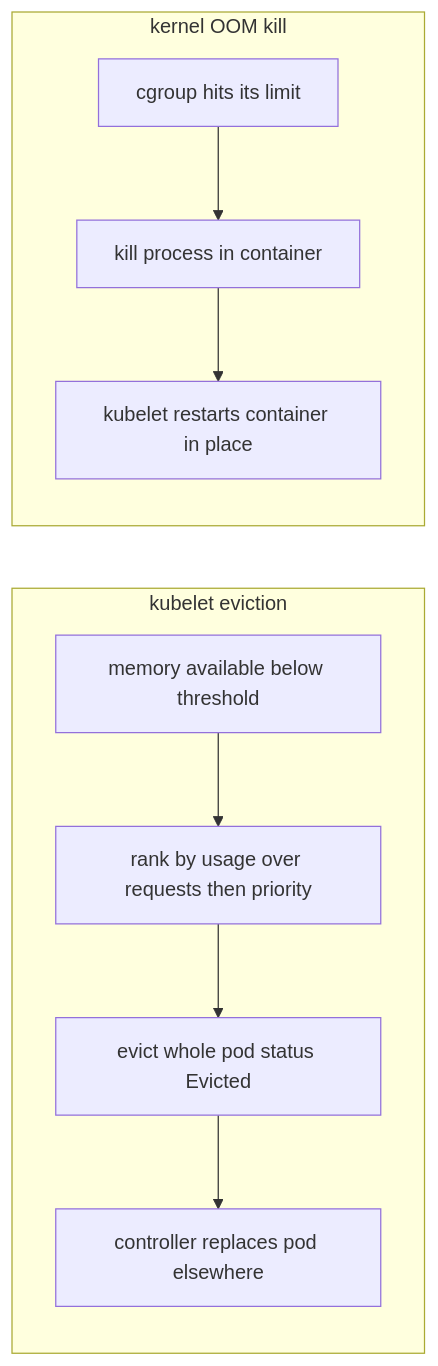
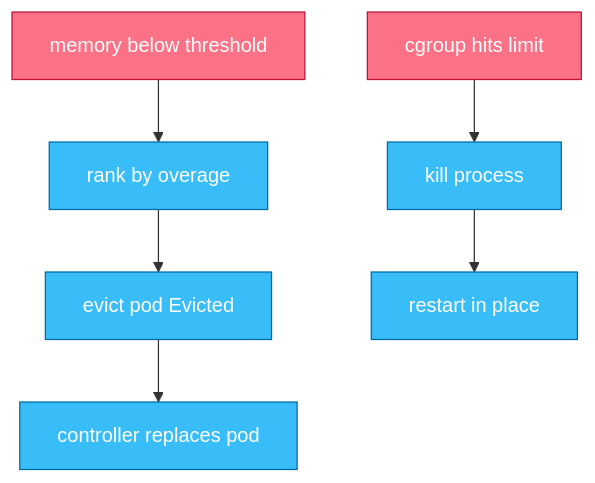
One commit to sanketsudake/k8s-worksheet changed the seventh of 7 diagrams in chapters/ch04.md. Above: the diagram before and after it, drawn with Mermaid. The commit also changed other lines of this file and 2 other files, not shown here.

First line of the commit message:
ch04, ch08, ch09: shrink diagrams as far as text allows

````diff
--- a/chapters/ch04.md
+++ b/chapters/ch04.md
@@ -271,12 +285,12 @@
 ```mermaid
-flowchart LR
-  subgraph KubeletPath[kubelet eviction]
-    S[memory available below threshold] --> RANK[rank by usage over requests then priority]
-    RANK --> EV[evict whole pod status Evicted]
-    EV --> RESCH[controller replaces pod elsewhere]
-  end
-  subgraph KernelPath[kernel OOM kill]
-    L[cgroup hits its limit] --> OOM[kill process in container]
-    OOM --> RESTART[kubelet restarts container in place]
-  end
+flowchart TD
+  S[memory below threshold] --> RANK[rank by overage]
+  RANK --> EV[evict pod Evicted]
+  EV --> RESCH[controller replaces pod]
+  L[cgroup hits limit] --> OOM[kill process]
+  OOM --> RESTART[restart in place]
+  classDef resource fill:#fb7185,stroke:#be123c,color:#fff
+  classDef process fill:#38bdf8,stroke:#0369a1,color:#fff
+  class S,L resource
+  class RANK,EV,RESCH,OOM,RESTART process
 ```
````
